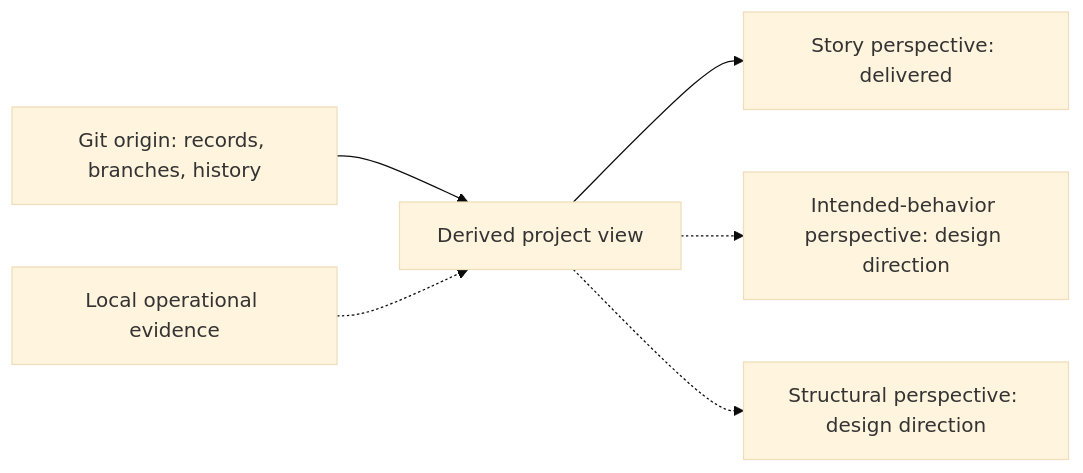
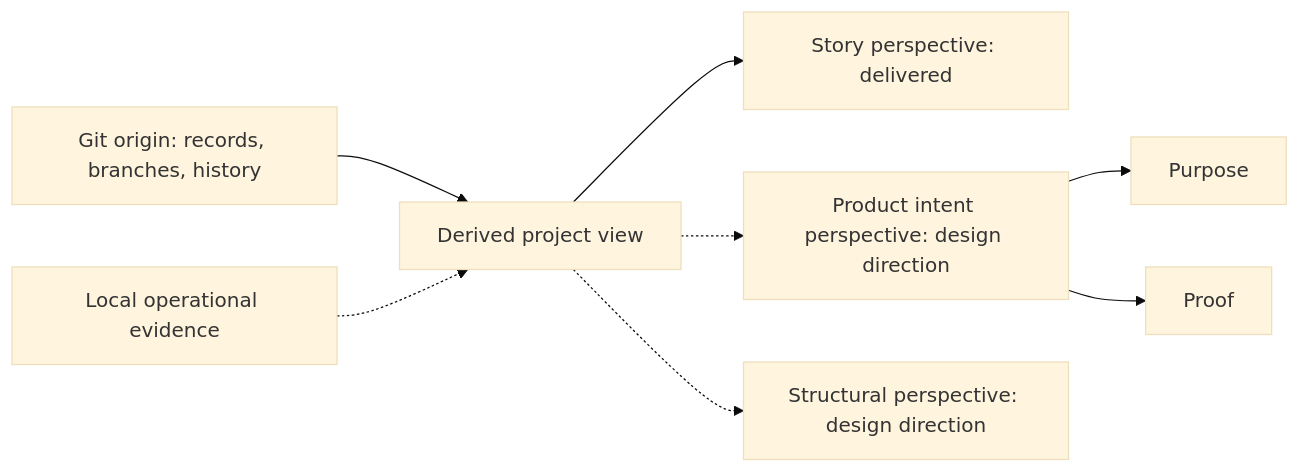
The diagram in docs/adrs/0008-project-dashboard-domain-and-architecture-accepted.md (terryyin/open-dough), drawn with Mermaid (base theme) before and after one commit. The commit also changed other lines of this file and 20 other files, not shown here.

Commit message:
Use Product intent consistently throughout the project

````diff
--- a/docs/adrs/0008-project-dashboard-domain-and-architecture-accepted.md
+++ b/docs/adrs/0008-project-dashboard-domain-and-architecture-accepted.md
@@ -137,8 +136,10 @@
 ```mermaid
 flowchart LR
     G["Git origin: records, branches, history"] --> V["Derived project view"]
     L["Local operational evidence"] -.-> V
     V --> S["Story perspective: delivered"]
-    V -.-> F["Intended-behavior perspective: design direction"]
+    V -.-> I["Product intent perspective: design direction"]
+    I --> P["Purpose"]
+    I --> E["Proof"]
     V -.-> A["Structural perspective: design direction"]
 ```
````
